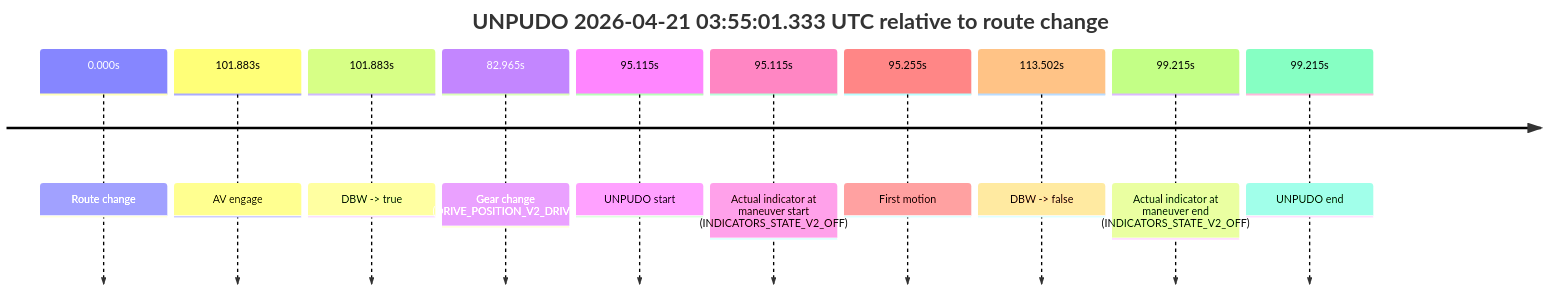
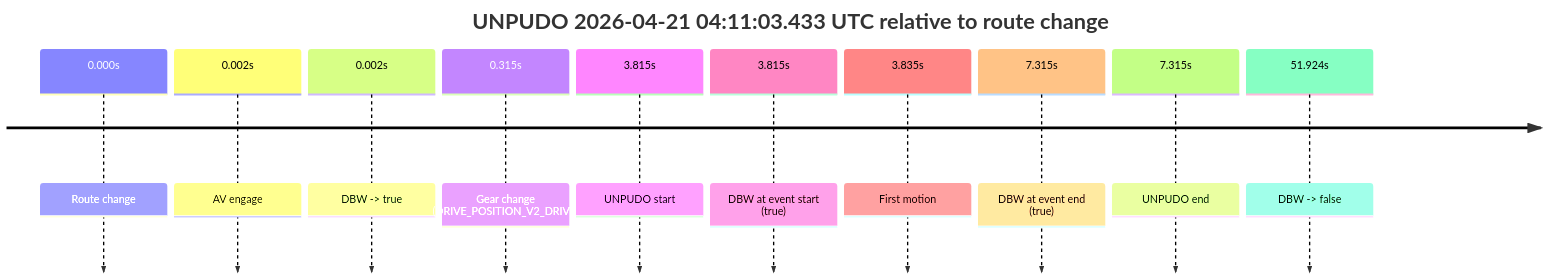
The fourth of 11 diagrams in model_analysis/report_cards/2026/04/Week-4/fme10011--2026-04-21--03-43-39--gen2-av-b428b172-abef-437f-9f20-d7e41dc7c203.md (yoelshapiro/vault), drawn with Mermaid before and after one commit. The commit also changed other lines of this file and 1 other file, not shown here.

````diff
--- a/model_analysis/report_cards/2026/04/Week-4/fme10011--2026-04-21--03-43-39--gen2-av-b428b172-abef-437f-9f20-d7e41dc7c203.md
+++ b/model_analysis/report_cards/2026/04/Week-4/fme10011--2026-04-21--03-43-39--gen2-av-b428b172-abef-437f-9f20-d7e41dc7c203.md
@@ -129,14 +328,14 @@
 ```mermaid
 timeline
-    title UNPUDO 2026-04-21 03:55:01.333 UTC relative to route change
+    title UNPUDO 2026-04-21 04:11:03.433 UTC relative to route change
     0.000s : Route change
-    101.883s : AV engage
-    101.883s : DBW -> true
-    82.965s : Gear change (DRIVE_POSITION_V2_DRIVE)
-    95.115s : UNPUDO start
-    95.115s : Actual indicator at maneuver start (INDICATORS_STATE_V2_OFF)
-    95.255s : First motion
-    113.502s : DBW -> false
-    99.215s : Actual indicator at maneuver end (INDICATORS_STATE_V2_OFF)
-    99.215s : UNPUDO end
+    0.002s : AV engage
+    0.002s : DBW -> true
+    0.315s : Gear change (DRIVE_POSITION_V2_DRIVE)
+    3.815s : UNPUDO start
+    3.815s : DBW at event start (true)
+    3.835s : First motion
+    7.315s : DBW at event end (true)
+    7.315s : UNPUDO end
+    51.924s : DBW -> false
 ```
````
